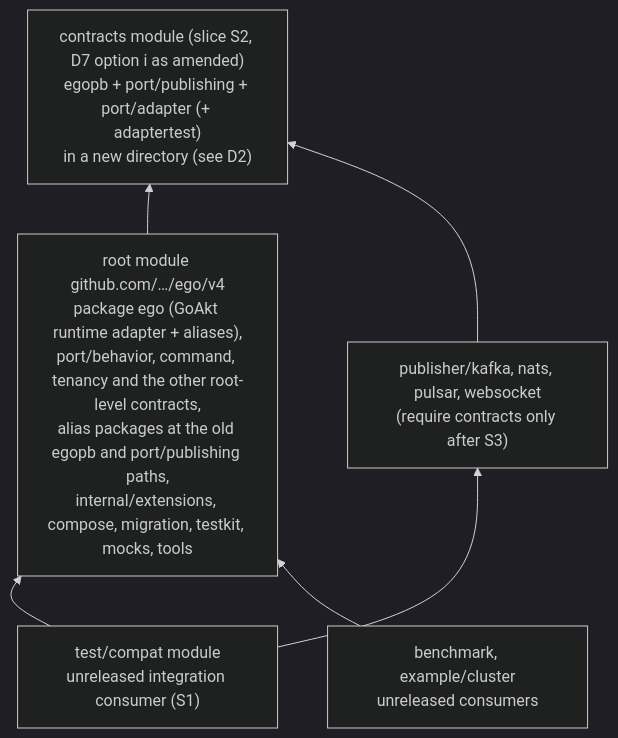
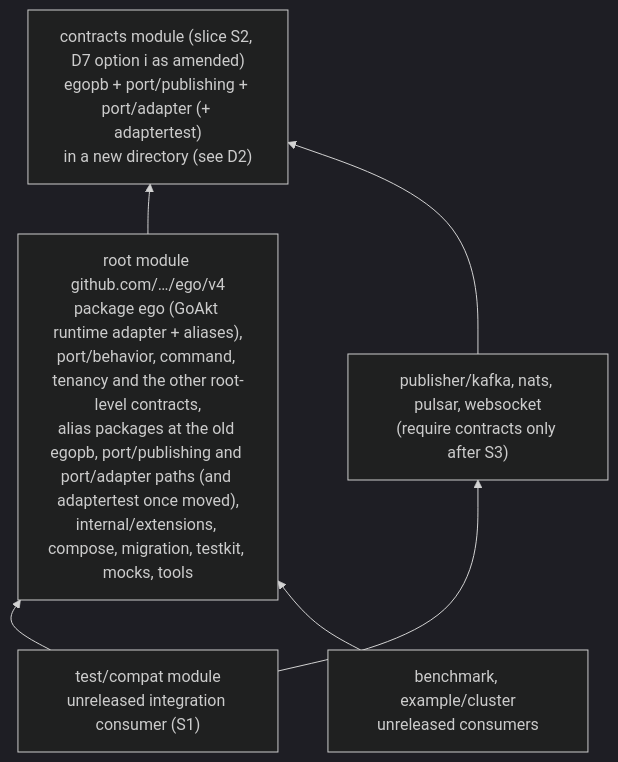
The diagram in openspec/changes/ego-arch-006/design.md (getsyntegrity/ego), drawn with Mermaid (dark theme) before and after one commit. The commit also changed other lines of this file and 1 other file, not shown here.

Commit message:
docs(openspec): block S3 without adaptertest and list the port/adapter alias (#159)

````diff
--- a/openspec/changes/ego-arch-006/design.md
+++ b/openspec/changes/ego-arch-006/design.md
@@ -40,14 +40,14 @@
 ```mermaid
 flowchart BT
   contracts["contracts module (slice S2, D7 option i as amended)<br/>egopb + port/publishing + port/adapter (+ adaptertest)<br/>in a new directory (see D2)"]
-  root["root module github.com/…/ego/v4<br/>package ego (GoAkt runtime adapter + aliases),<br/>port/behavior, command, tenancy and the other root-level contracts,<br/>alias packages at the old egopb and port/publishing paths,<br/>internal/extensions, compose, migration, testkit, mocks, tools"]
+  root["root module github.com/…/ego/v4<br/>package ego (GoAkt runtime adapter + aliases),<br/>port/behavior, command, tenancy and the other root-level contracts,<br/>alias packages at the old egopb, port/publishing and port/adapter paths (and adaptertest once moved),<br/>internal/extensions, compose, migration, testkit, mocks, tools"]
   pubs["publisher/kafka, nats, pulsar, websocket<br/>(require contracts only after S3)"]
   compat["test/compat module<br/>unreleased integration consumer (S1)"]
   cons["benchmark, example/cluster<br/>unreleased consumers"]
 
   root --> contracts
   pubs --> contracts
   compat --> root
   compat --> pubs
   cons --> root
 ```
````
